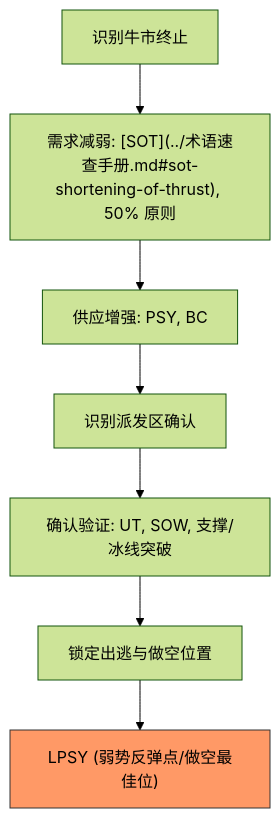
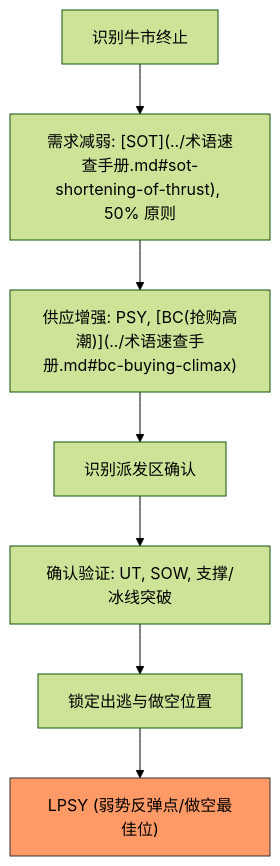
One commit to bigzhu/Wyckoff changed the diagram in docs/第三章_威氏逃顶策略/第五节_总结.md. Above: the diagram before and after it, drawn with Mermaid (forest theme). The commit also changed other lines of this file and 12 other files, not shown here.

````diff
--- a/docs/第三章_威氏逃顶策略/第五节_总结.md
+++ b/docs/第三章_威氏逃顶策略/第五节_总结.md
@@ -11,10 +11,10 @@
 ```mermaid
 graph TD
     A[识别牛市终止] --> B["需求减弱: [SOT](../术语速查手册.md#sot-shortening-of-thrust), 50% 原则"]
-    B --> C["供应增强: PSY, BC"]
+    B --> C["供应增强: PSY, [BC(抢购高潮)](../术语速查手册.md#bc-buying-climax)"]
     C --> D[识别派发区确认]
     D --> E["确认验证: UT, SOW, 支撑/冰线突破"]
     E --> F[锁定出逃与做空位置]
     F --> G["LPSY (弱势反弹点/做空最佳位)"]
     style G fill:#f96,stroke:#333
 ```
````
